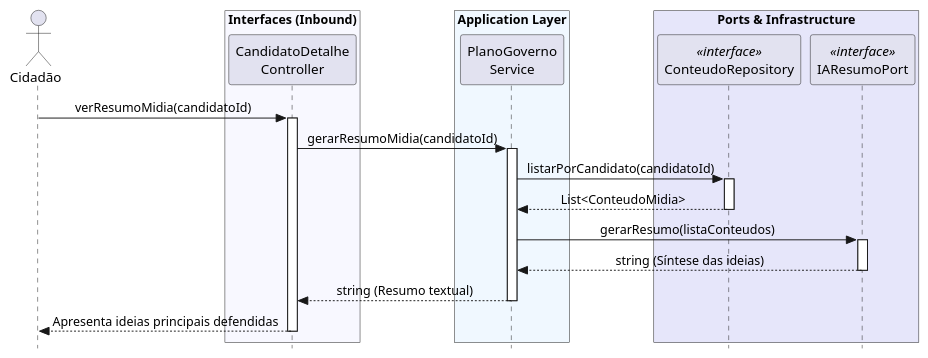
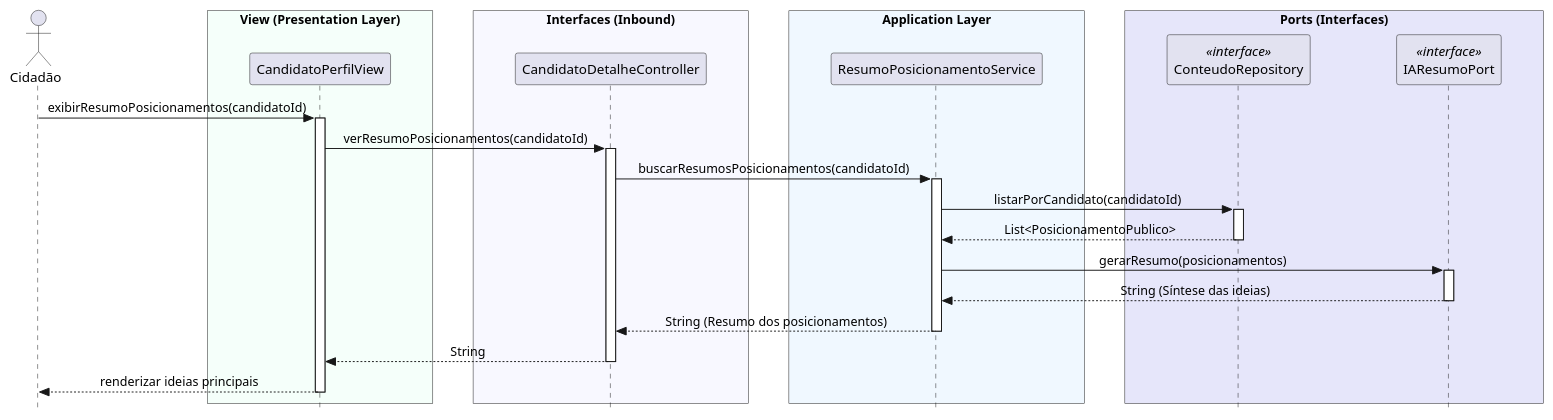
The diagram in Documentação /04 - Implementação/Diagramas_de_Squência_de_Implementação/UC3.md (gabrielfaravola/ProjetoEngenharia), drawn with PlantUML before and after one commit.

Commit message:
Update sequence diagram for UC3 implementation

````diff
--- a/Documentação /04 - Implementação/Diagramas_de_Squência_de_Implementação/UC3.md
+++ b/Documentação /04 - Implementação/Diagramas_de_Squência_de_Implementação/UC3.md
@@ -7,44 +7,58 @@
 ```plantuml
 @startuml
 skinparam style strictuml
 skinparam sequenceMessageAlign center
+skinparam ParticipantPadding 40
+skinparam ParticipantMinWidth 140
+skinparam BoxPadding 20
 
 actor "Cidadão" as User
 
+box "View (Presentation Layer)" #MintCream
+participant "CandidatoPerfilView" as View
+end box
+
 box "Interfaces (Inbound)" #GhostWhite
-    participant "CandidatoDetalhe\nController" as Ctrl
+participant "CandidatoDetalheController" as Ctrl
 end box
 
 box "Application Layer" #AliceBlue
-    participant "PlanoGoverno\nService" as Service
+participant "ResumoPosicionamentoService" as Service
 end box
 
-box "Ports & Infrastructure" #Lavender
-    participant "ConteudoRepository" as Repo <<interface>>
-    participant "IAResumoPort" as IA <<interface>>
+box "Ports (Interfaces)" #Lavender
+participant "ConteudoRepository" as Repo <<interface>>
+participant "IAResumoPort" as IA <<interface>>
 end box
 
-User -> Ctrl : verResumoMidia(candidatoId)
+
+User -> View : exibirResumoPosicionamentos(candidatoId)
+activate View
+
+View -> Ctrl : verResumoPosicionamentos(candidatoId)
 activate Ctrl
 
-' Note: Usando o Service que possui acesso à IA conforme seu diagrama de classes
-Ctrl -> Service : gerarResumoMidia(candidatoId) 
+Ctrl -> Service : buscarResumosPosicionamentos(candidatoId)
 activate Service
 
 Service -> Repo : listarPorCandidato(candidatoId)
 activate Repo
-Repo --> Service : List<ConteudoMidia>
+Repo --> Service : List<PosicionamentoPublico>
 deactivate Repo
 
-Service -> IA : gerarResumo(listaConteudos)
+Service -> IA : gerarResumo(posicionamentos)
 activate IA
-IA --> Service : string (Síntese das ideias)
+IA --> Service : String (Síntese das ideias)
 deactivate IA
 
-Service --> Ctrl : string (Resumo textual)
+Service --> Ctrl : String (Resumo dos posicionamentos)
 deactivate Service
 
-Ctrl --> User : Apresenta ideias principais defendidas
+Ctrl --> View : String
 deactivate Ctrl
+
+View --> User : renderizar ideias principais
+deactivate View
+
 @enduml
 ```
````
